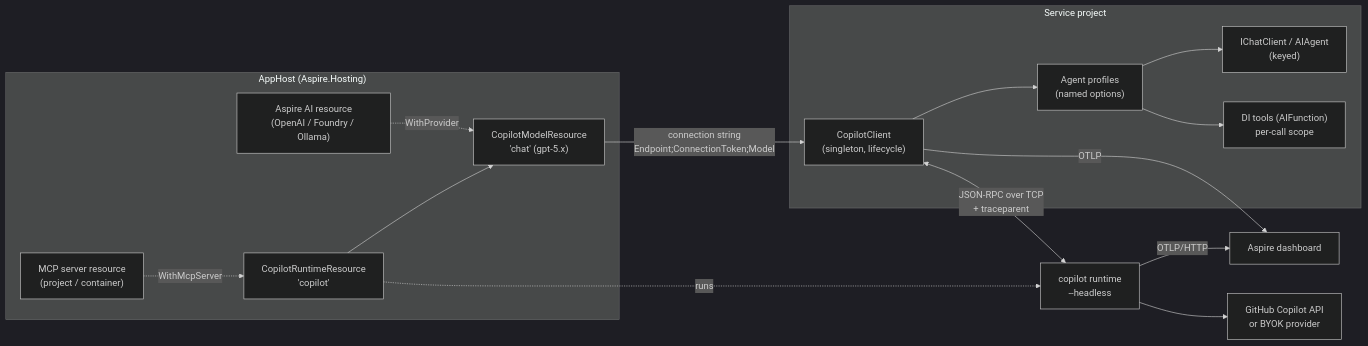
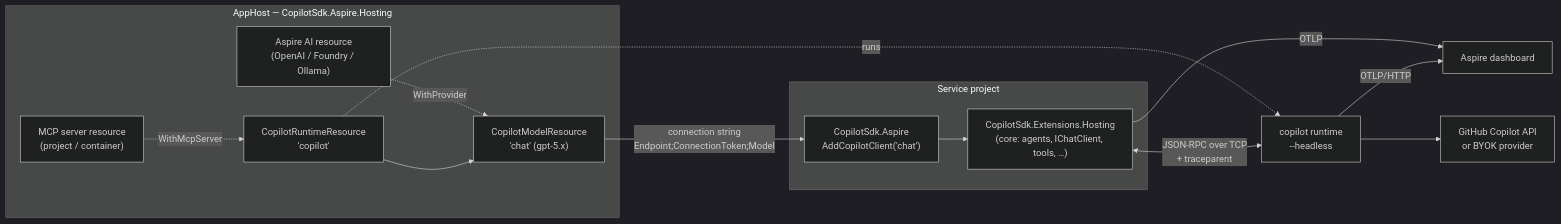
One commit to brunoborges/copilot-sdk-integrations changed the diagram in dotnet-aspire/docs/design.md. Above: the diagram before and after it, drawn with Mermaid (dark theme). The commit also changed other lines of this file and 4 other files, not shown here.

First line of the commit message:
Add dotnet-core design; layer Aspire integration on it

````diff
--- a/dotnet-aspire/docs/design.md
+++ b/dotnet-aspire/docs/design.md
@@ -69,28 +69,25 @@
 ```mermaid
 flowchart LR
-    subgraph AppHost["AppHost (Aspire.Hosting)"]
+    subgraph AppHost["AppHost — CopilotSdk.Aspire.Hosting"]
         R["CopilotRuntimeResource<br/>'copilot'"]
         M["CopilotModelResource<br/>'chat' (gpt-5.x)"]
         MCP["MCP server resource<br/>(project / container)"]
         BYOK["Aspire AI resource<br/>(OpenAI / Foundry / Ollama)"]
         R --> M
         MCP -. WithMcpServer .-> R
         BYOK -. WithProvider .-> M
     end
 
     subgraph Svc["Service project"]
-        C["CopilotClient<br/>(singleton, lifecycle)"]
-        P["Agent profiles<br/>(named options)"]
-        IC["IChatClient / AIAgent<br/>(keyed)"]
-        T["DI tools (AIFunction)<br/>per-call scope"]
-        C --> P --> IC
-        P --> T
+        AC["CopilotSdk.Aspire<br/>AddCopilotClient('chat')"]
+        CORE["CopilotSdk.Extensions.Hosting<br/>(core: agents, IChatClient, tools, …)"]
+        AC --> CORE
     end
 
-    M -- "connection string<br/>Endpoint;ConnectionToken;Model" --> C
-    C <-- "JSON-RPC over TCP<br/>+ traceparent" --> RT["copilot runtime<br/>--headless"]
+    M -- "connection string<br/>Endpoint;ConnectionToken;Model" --> AC
+    CORE <-- "JSON-RPC over TCP<br/>+ traceparent" --> RT["copilot runtime<br/>--headless"]
     R -. runs .-> RT
     RT -- OTLP/HTTP --> D["Aspire dashboard"]
-    C -- OTLP --> D
+    CORE -- OTLP --> D
     RT --> GH["GitHub Copilot API<br/>or BYOK provider"]
 ```
````
